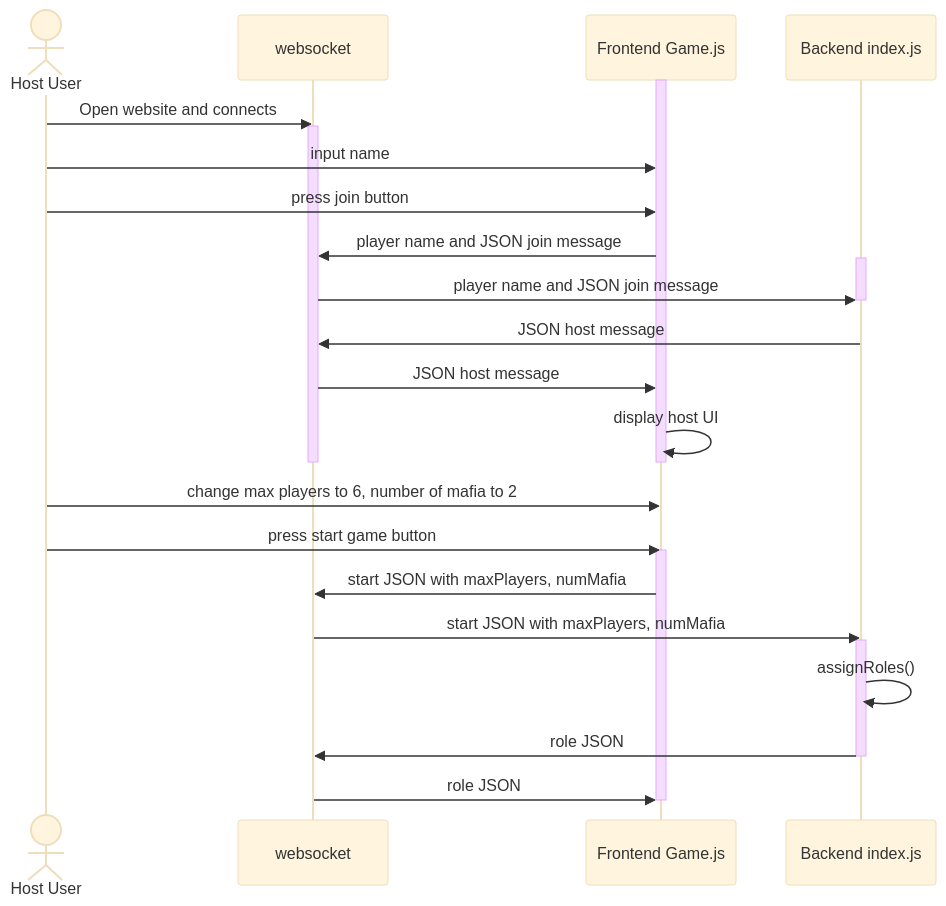
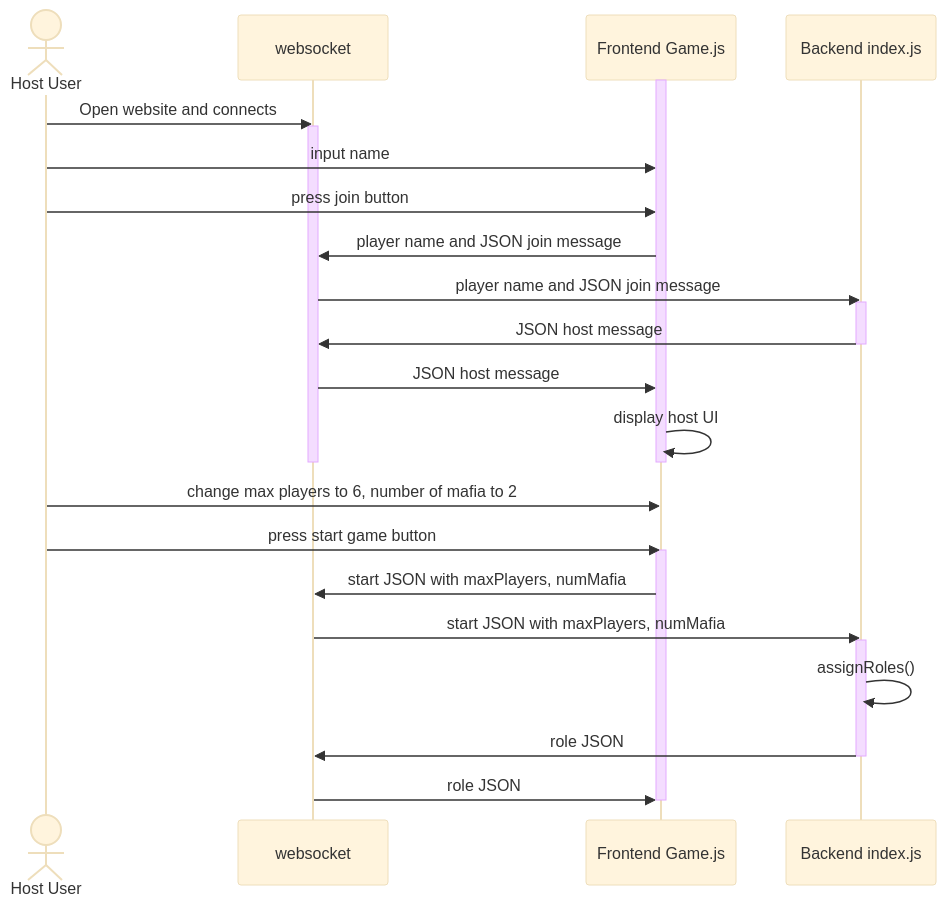
Before and after one commit to cis3296f24/cis3296f24-classroom-applebaum-final-projects-tu-cis-4398-docs-template: the second of 2 diagrams in README.md, drawn with Mermaid (base theme). The commit also changed other lines of this file, not shown here.

````diff
--- a/README.md
+++ b/README.md
@@ -39,37 +39,37 @@
 ```mermaid
 
 sequenceDiagram
     actor Host User
     participant websocket
     participant Frontend Game.js
     participant Backend index.js
     
     activate Frontend Game.js
     
     Host User ->> websocket: Open website and connects
     activate websocket
     
     Host User ->> Frontend Game.js: input name
     Host User ->> Frontend Game.js: press join button
     Frontend Game.js ->> websocket: player name and JSON join message
+    websocket ->> Backend index.js: player name and JSON join message
     activate Backend index.js
-    websocket ->> Backend index.js: player name and JSON join message
+    Backend index.js ->> websocket: JSON host message
     deactivate Backend index.js
-    Backend index.js ->> websocket: JSON host message
     websocket ->> Frontend Game.js: JSON host message
     Frontend Game.js ->> Frontend Game.js: display host UI
     deactivate websocket
     deactivate Frontend Game.js
     Host User ->> Frontend Game.js: change max players to 6, number of mafia to 2
     Host User ->> Frontend Game.js: press start game button
     activate Frontend Game.js
     Frontend Game.js ->> websocket: start JSON with maxPlayers, numMafia
     websocket ->> Backend index.js: start JSON with maxPlayers, numMafia
     activate Backend index.js
     Backend index.js ->> Backend index.js: assignRoles()
     Backend index.js ->> websocket: role JSON
     deactivate Backend index.js
     websocket ->> Frontend Game.js: role JSON
     deactivate Frontend Game.js
 
 ```
````
